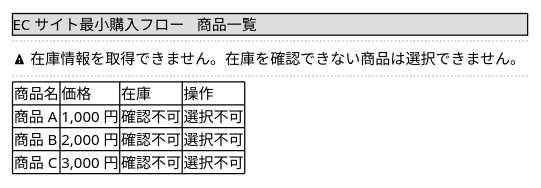
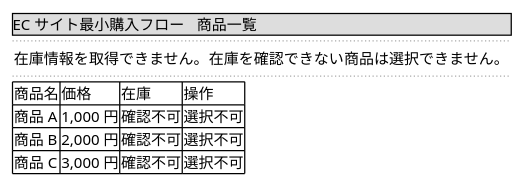
The second of 4 diagrams in examples/02-inception-completed/aidlc/spaces/default/intents/260703-minimum-purchase-flow/inception/refined-mockups/mockups.md (amadeus-dlc/amadeus), drawn with PlantUML before and after one commit. The commit also changed 288 other files, not shown here.

````diff
--- a/examples/02-inception-completed/aidlc/spaces/default/intents/260703-minimum-purchase-flow/inception/refined-mockups/mockups.md
+++ b/examples/02-inception-completed/aidlc/spaces/default/intents/260703-minimum-purchase-flow/inception/refined-mockups/mockups.md
@@ -28,16 +28,16 @@
 ```plantuml
 @startsalt
 {
   {* EC サイト最小購入フロー | 商品一覧 }
   ..
-  { <&warning> 在庫情報を取得できません。在庫を確認できない商品は選択できません。 }
+  { 在庫情報を取得できません。在庫を確認できない商品は選択できません。 }
   ..
   {#
     商品名 | 価格 | 在庫 | 操作
     商品 A | 1,000 円 | 確認不可 | 選択不可
     商品 B | 2,000 円 | 確認不可 | 選択不可
     商品 C | 3,000 円 | 確認不可 | 選択不可
   }
 }
 @endsalt
 ```
````
